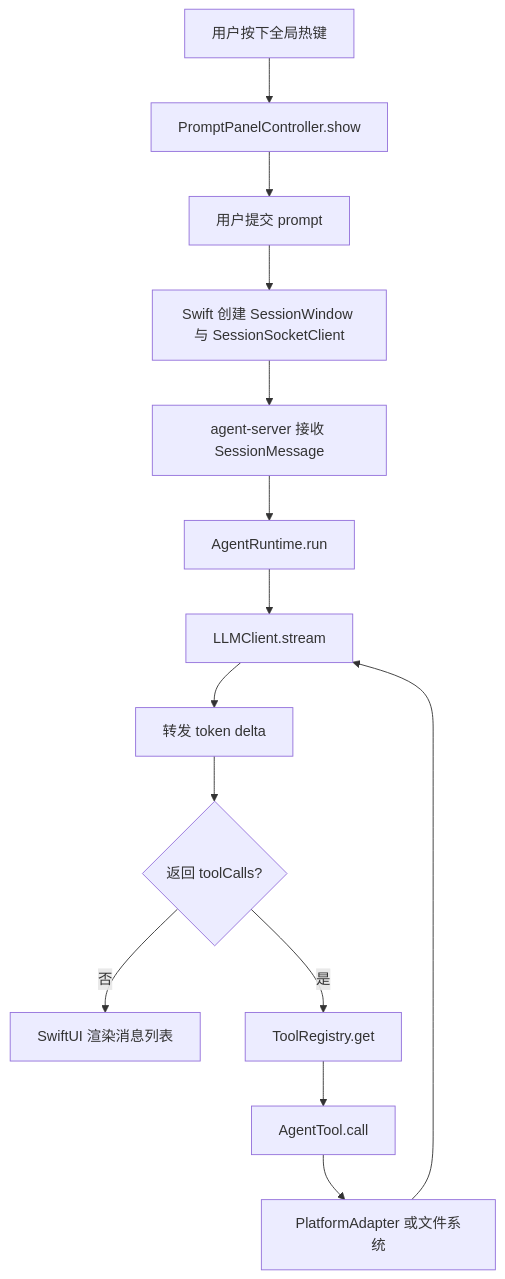
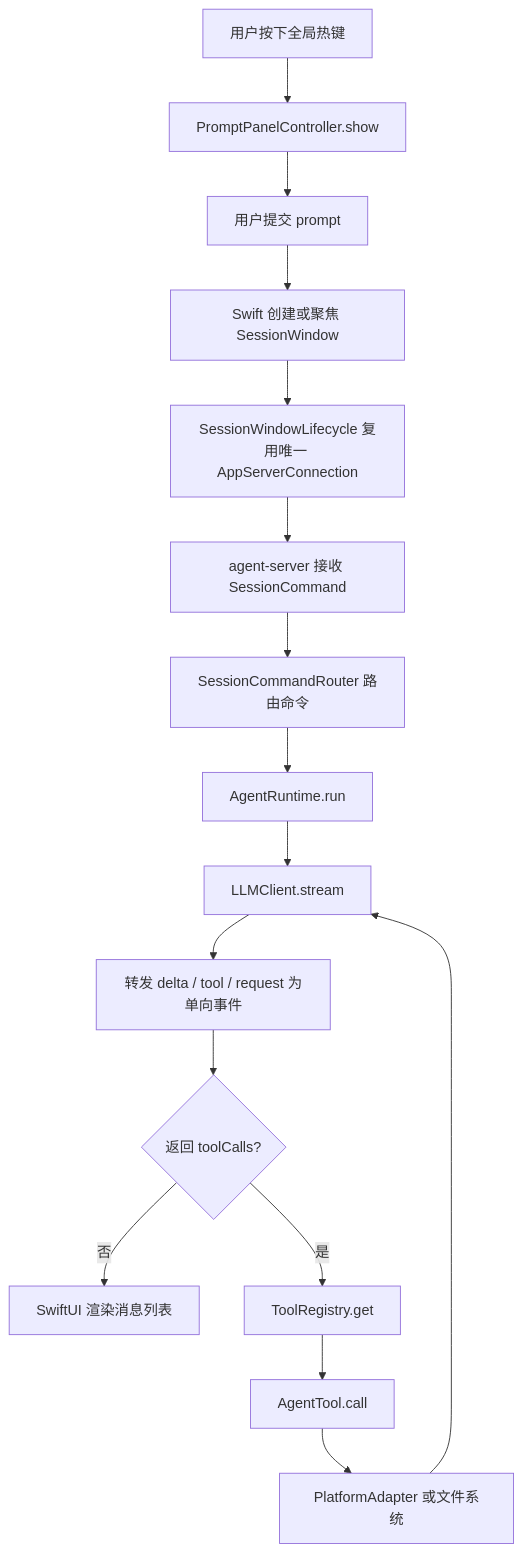
The second of 2 diagrams in handAgent.md (Lixuhang987/SpotAgent), drawn with Mermaid before and after one commit. The commit also changed other lines of this file and 38 other files, not shown here.

Commit message:
refactor session flow to shared connection and command-event protocol

````diff
--- a/handAgent.md
+++ b/handAgent.md
@@ -37,16 +37,18 @@
 ```mermaid
 flowchart TD
   A[用户按下全局热键] --> B[PromptPanelController.show]
   B --> C[用户提交 prompt]
-  C --> D[Swift 创建 SessionWindow 与 SessionSocketClient]
-  D --> E[agent-server 接收 SessionMessage]
-  E --> F[AgentRuntime.run]
-  F --> G[LLMClient.stream]
-  G --> G1[转发 token delta]
-  G1 --> H{返回 toolCalls?}
-  H -- 否 --> I[SwiftUI 渲染消息列表]
-  H -- 是 --> J[ToolRegistry.get]
-  J --> K[AgentTool.call]
-  K --> L[PlatformAdapter 或文件系统]
-  L --> G
+  C --> D[Swift 创建或聚焦 SessionWindow]
+  D --> E[SessionWindowLifecycle 复用唯一 AppServerConnection]
+  E --> F[agent-server 接收 SessionCommand]
+  F --> G[SessionCommandRouter 路由命令]
+  G --> H[AgentRuntime.run]
+  H --> I[LLMClient.stream]
+  I --> I1[转发 delta / tool / request 为单向事件]
+  I1 --> J{返回 toolCalls?}
+  J -- 否 --> K[SwiftUI 渲染消息列表]
+  J -- 是 --> L[ToolRegistry.get]
+  L --> M[AgentTool.call]
+  M --> N[PlatformAdapter 或文件系统]
+  N --> I
 ```
````
